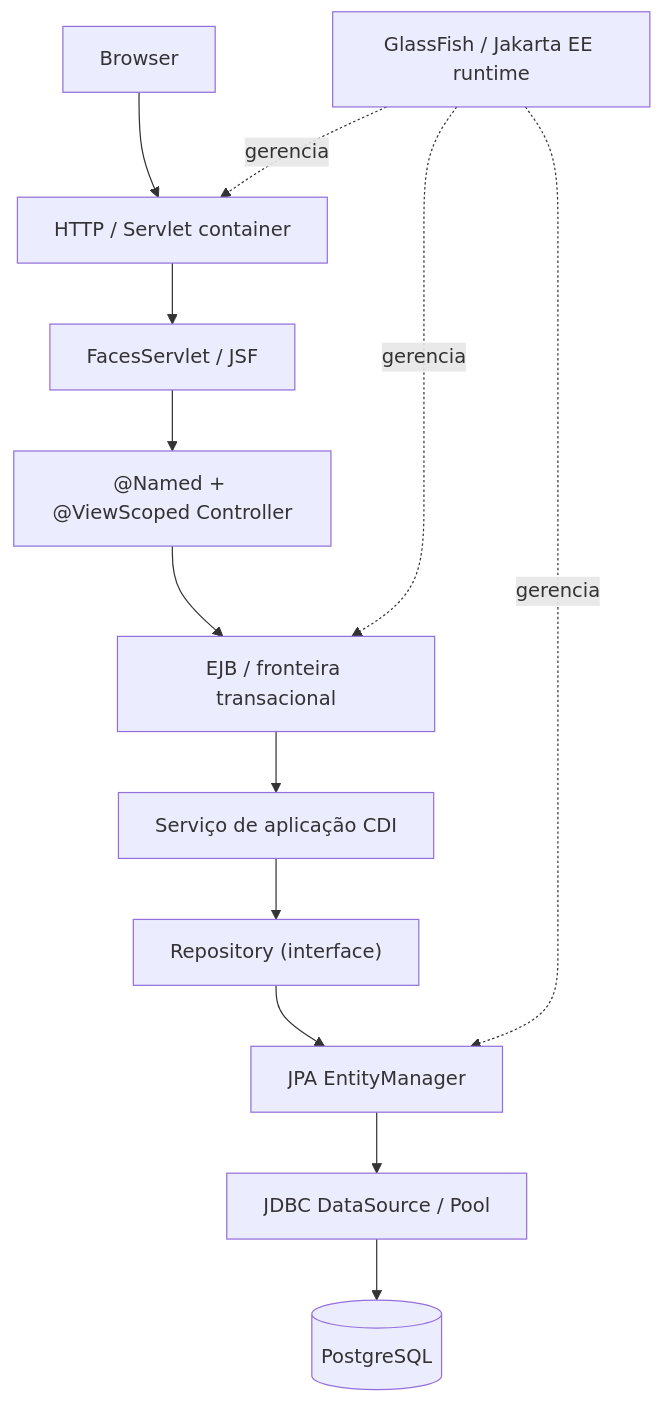
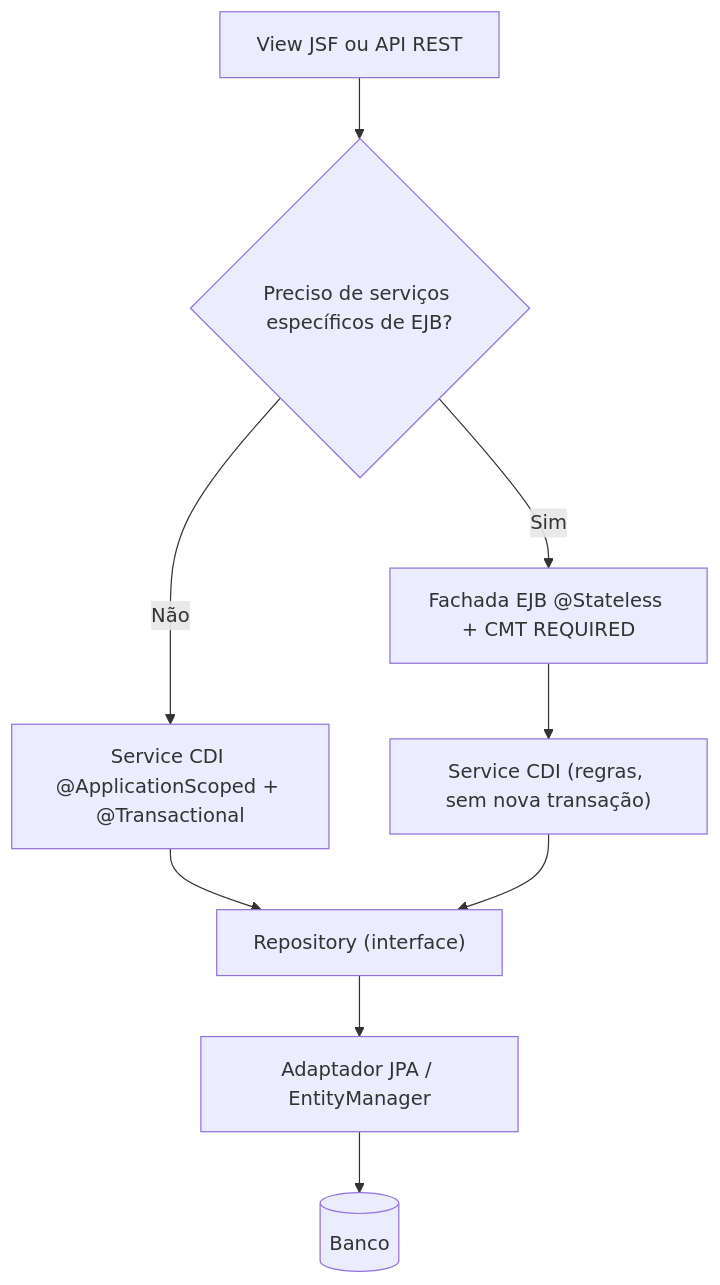
One commit to murilohenzo/java-estudos changed the diagram in javaee/guia/README.md. Above: the diagram before and after it, drawn with Mermaid. The commit also changed other lines of this file and 6 other files, not shown here.

Commit message:
docs(javaee): separa CDI EJB e JTA nos diagramas MVC e capítulos introdutórios

````diff
--- a/javaee/guia/README.md
+++ b/javaee/guia/README.md
@@ -22,15 +25,11 @@
 ```mermaid
-flowchart TD
-    A["Browser"] --> B["HTTP / Servlet container"]
-    B --> C["FacesServlet / JSF"]
-    C --> D["@Named + @ViewScoped Controller"]
-    D --> E["EJB / fronteira transacional"]
-    E --> F["Serviço de aplicação CDI"]
-    F --> G["Repository (interface)"]
-    G --> H["JPA EntityManager"]
-    H --> I["JDBC DataSource / Pool"]
-    I --> J[("PostgreSQL")]
-    K["GlassFish / Jakarta EE runtime"] -. gerencia .-> B
-    K -. gerencia .-> E
-    K -. gerencia .-> H
+flowchart TB
+  VIEW["View JSF ou API REST"] --> D{"Preciso de serviços específicos de EJB?"}
+  D -->|Não| CDI["Service CDI @ApplicationScoped + @Transactional"]
+  D -->|Sim| EJB["Fachada EJB @Stateless + CMT REQUIRED"]
+  EJB --> RULE["Service CDI (regras, sem nova transação)"]
+  CDI --> REP["Repository (interface)"]
+  RULE --> REP
+  REP --> JPA["Adaptador JPA / EntityManager"]
+  JPA --> DB[("Banco")]
 ```
````
